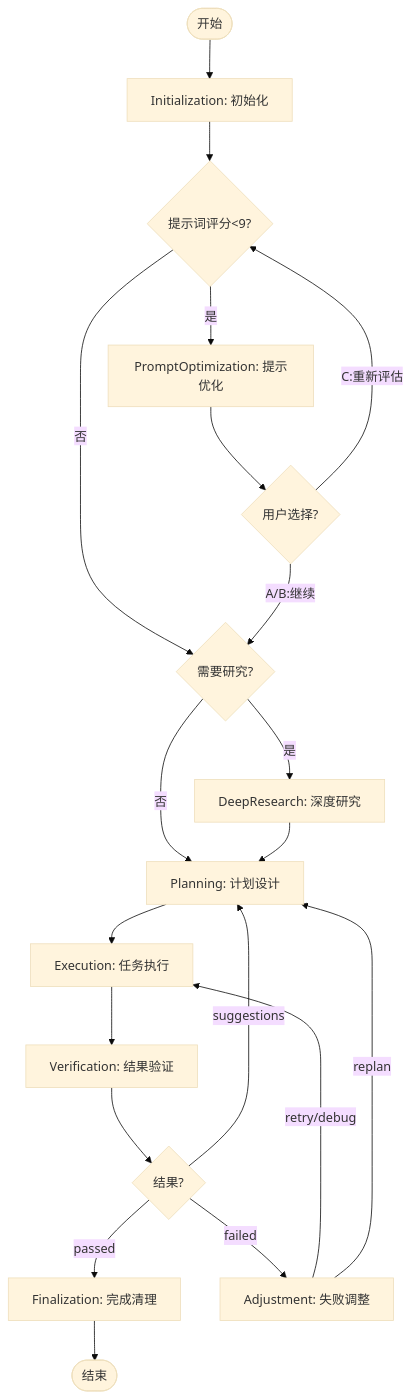
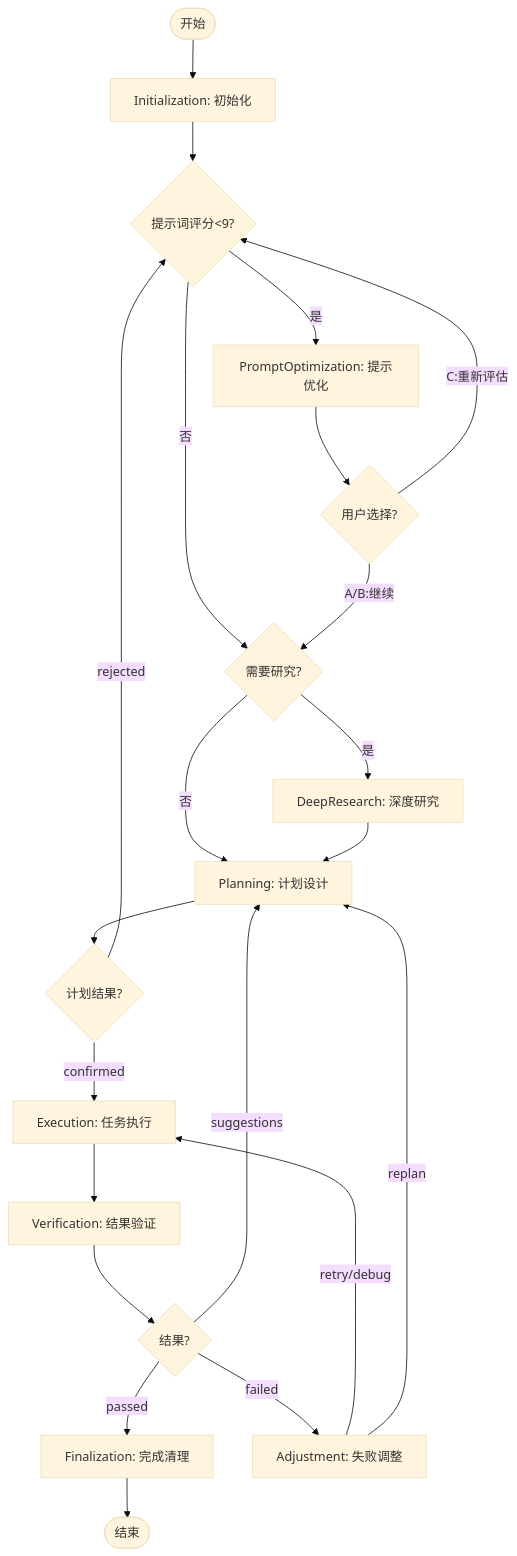
The diagram in plugins/tools/task/skills/loop/detailed-flow.md (lazygophers/ccplugin), drawn with Mermaid (base theme) before and after one commit. The commit also changed other lines of this file and 8 other files, not shown here.

````diff
--- a/plugins/tools/task/skills/loop/detailed-flow.md
+++ b/plugins/tools/task/skills/loop/detailed-flow.md
@@ -21,22 +21,24 @@
 ```mermaid
 flowchart TD
     Start([开始]) --> Init[Initialization: 初始化]
     Init --> PromptOpt{提示词评分<9?}
     PromptOpt -->|是| PO[PromptOptimization: 提示优化]
     PromptOpt -->|否| DeepRes{需要研究?}
     PO --> UserChoice{用户选择?}
     UserChoice -->|A/B:继续| DeepRes
     UserChoice -->|C:重新评估| PromptOpt
     DeepRes -->|是| DR[DeepResearch: 深度研究]
     DeepRes -->|否| Plan[Planning: 计划设计]
     DR --> Plan
-    Plan --> Exec[Execution: 任务执行]
+    Plan --> PlanResult{计划结果?}
+    PlanResult -->|confirmed| Exec[Execution: 任务执行]
+    PlanResult -->|rejected| PromptOpt
     Exec --> Verify[Verification: 结果验证]
     Verify --> Decision{结果?}
     Decision -->|passed| Final[Finalization: 完成清理]
     Decision -->|suggestions| Plan
     Decision -->|failed| Adjust[Adjustment: 失败调整]
     Adjust -->|retry/debug| Exec
     Adjust -->|replan| Plan
     Final --> End([结束])
 ```
````
